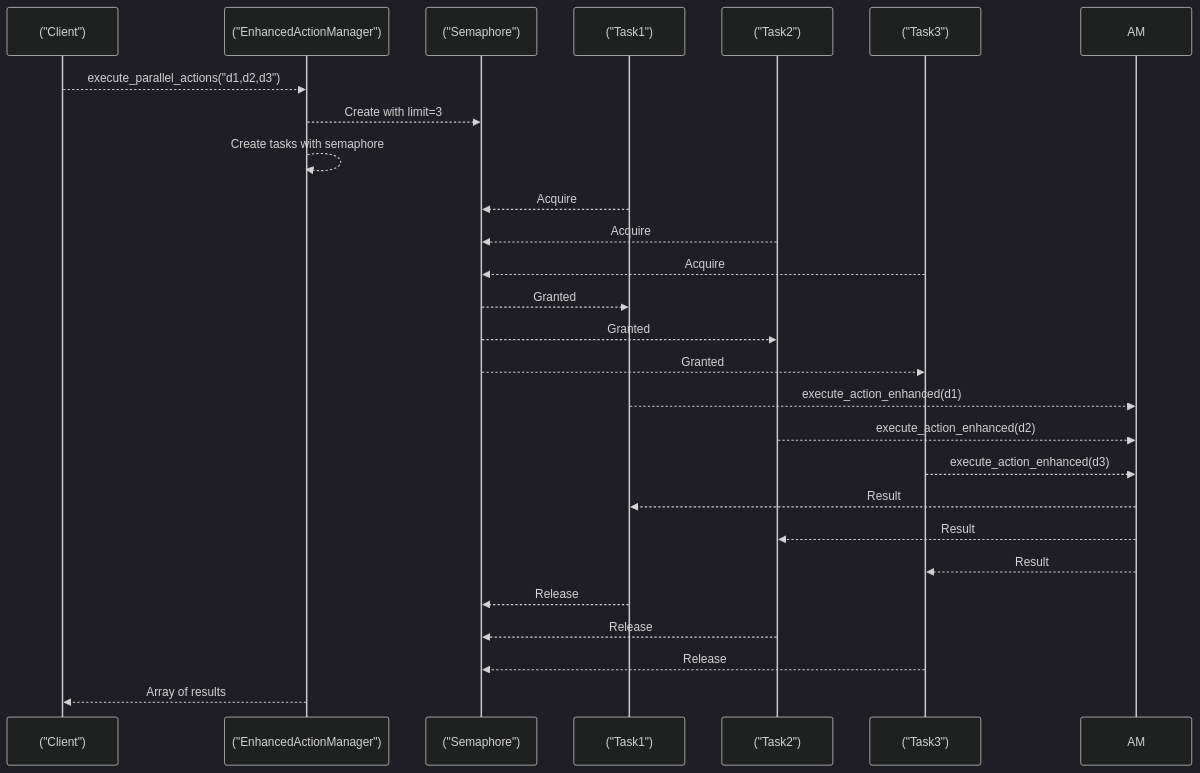
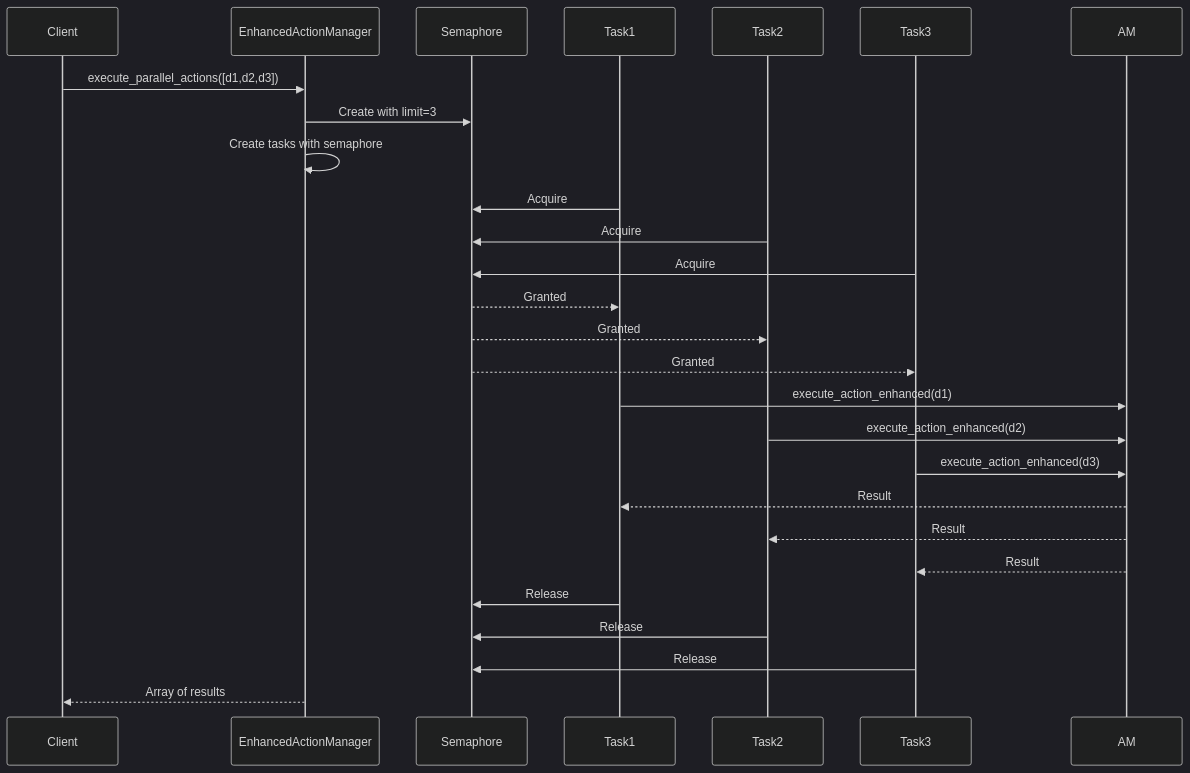
The eighth of 8 diagrams in docs/Action System/Action Manager.md (Likhithsai2580/RAVANA-WIKI), drawn with Mermaid (dark theme) before and after one commit. The commit also changed other lines of this file and 78 other files, not shown here.

````diff
--- a/docs/Action System/Action Manager.md
+++ b/docs/Action System/Action Manager.md
@@ -317,29 +310,28 @@
 ```mermaid
 sequenceDiagram
-participant Client as ("Client")
-participant EAM as ("EnhancedActionManager")
-participant Semaphore as ("Semaphore")
-participant Task1 as ("Task1")
-participant Task2 as ("Task2")
-participant Task3 as ("Task3")
-Client-->>EAM : execute_parallel_actions("d1,d2,d3")
-EAM-->>Semaphore : Create with limit=3
-EAM-->>EAM : Create tasks with semaphore
-Task1-->>Semaphore : Acquire
-Task2-->>Semaphore : Acquire
-Task3-->>Semaphore : Acquire
+participant Client
+participant EAM as EnhancedActionManager
+participant Semaphore
+participant Task1
+participant Task2
+participant Task3
+Client->>EAM : execute_parallel_actions([d1,d2,d3])
+EAM->>Semaphore : Create with limit=3
+EAM->>EAM : Create tasks with semaphore
+Task1->>Semaphore : Acquire
+Task2->>Semaphore : Acquire
+Task3->>Semaphore : Acquire
 Semaphore-->>Task1 : Granted
 Semaphore-->>Task2 : Granted
 Semaphore-->>Task3 : Granted
-Task1-->>AM : execute_action_enhanced(d1)
-Task2-->>AM : execute_action_enhanced(d2)
-Task3-->>AM : execute_action_enhanced(d3)
+Task1->>AM : execute_action_enhanced(d1)
+Task2->>AM : execute_action_enhanced(d2)
+Task3->>AM : execute_action_enhanced(d3)
 AM-->>Task1 : Result
 AM-->>Task2 : Result
 AM-->>Task3 : Result
-Task1-->>Semaphore : Release
-Task2-->>Semaphore : Release
-Task3-->>Semaphore : Release
+Task1->>Semaphore : Release
+Task2->>Semaphore : Release
+Task3->>Semaphore : Release
 EAM-->>Client : Array of results
-
 ```
````
